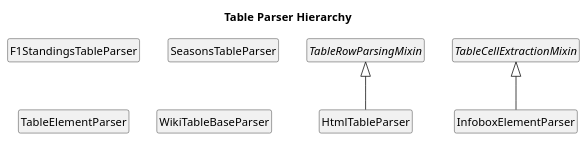
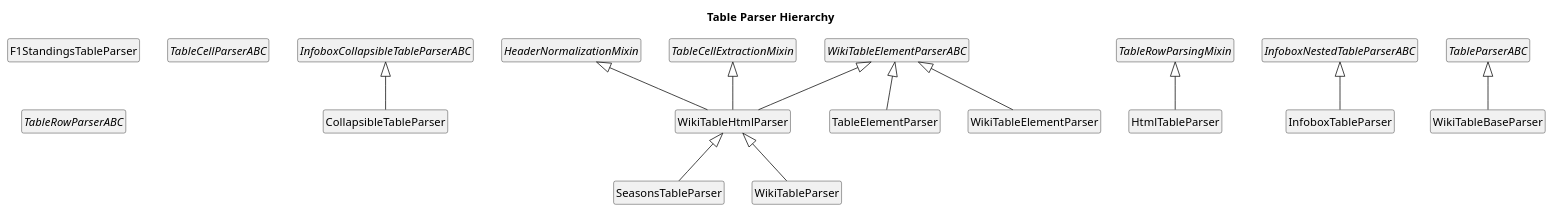
One commit to bgembalczyk/F1 changed the diagram in docs/uml/inheritance/parsers/05_table_parsers.puml. Above: the diagram before and after it, drawn with PlantUML. The commit also changed 382 other files, not shown here.

```diff
--- a/docs/uml/inheritance/parsers/05_table_parsers.puml
+++ b/docs/uml/inheritance/parsers/05_table_parsers.puml
@@ -1,19 +1,39 @@
 @startuml
 title Table Parser Hierarchy
 skinparam classAttributeIconSize 0
 hide empty members
 hide circle
 
+class CollapsibleTableParser
 class F1StandingsTableParser
+abstract class HeaderNormalizationMixin
 class HtmlTableParser
-class InfoboxElementParser
+abstract class InfoboxCollapsibleTableParserABC
+abstract class InfoboxNestedTableParserABC
+class InfoboxTableParser
 class SeasonsTableParser
 abstract class TableCellExtractionMixin
+abstract class TableCellParserABC
 class TableElementParser
+abstract class TableParserABC
+abstract class TableRowParserABC
 abstract class TableRowParsingMixin
 class WikiTableBaseParser
+class WikiTableElementParser
+abstract class WikiTableElementParserABC
+class WikiTableHtmlParser
+class WikiTableParser
 
+InfoboxCollapsibleTableParserABC <|-- CollapsibleTableParser
 TableRowParsingMixin <|-- HtmlTableParser
-TableCellExtractionMixin <|-- InfoboxElementParser
+InfoboxNestedTableParserABC <|-- InfoboxTableParser
+WikiTableHtmlParser <|-- SeasonsTableParser
+WikiTableElementParserABC <|-- TableElementParser
+TableParserABC <|-- WikiTableBaseParser
+WikiTableElementParserABC <|-- WikiTableElementParser
+HeaderNormalizationMixin <|-- WikiTableHtmlParser
+TableCellExtractionMixin <|-- WikiTableHtmlParser
+WikiTableElementParserABC <|-- WikiTableHtmlParser
+WikiTableHtmlParser <|-- WikiTableParser
 
 @enduml
```
